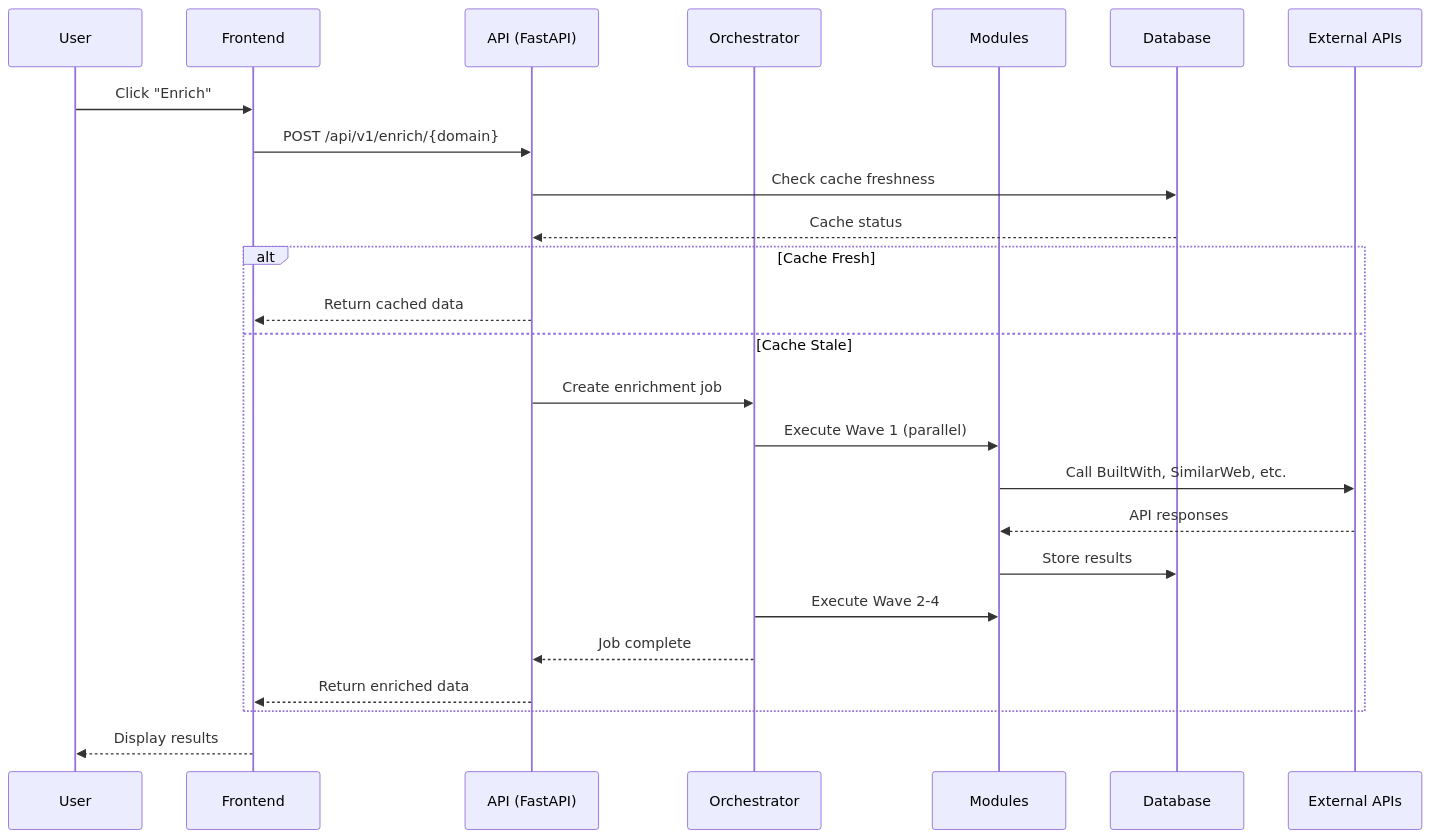
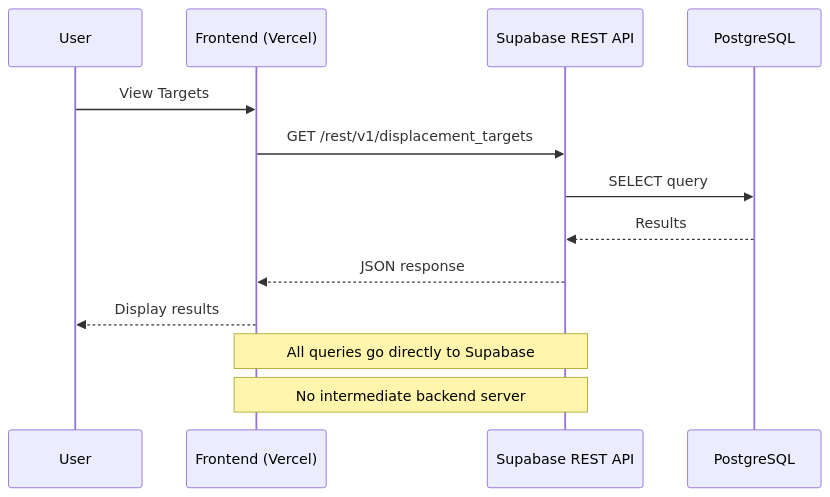
The ninth of 13 diagrams in docs/architecture/diagrams.md (arijitchowdhury80/partnerforge), drawn with Mermaid before and after one commit. The commit also changed other lines of this file and 13 other files, not shown here.

First line of the commit message:
fix: Update vercel configs and documentation for diagram gallery

````diff
--- a/docs/architecture/diagrams.md
+++ b/docs/architecture/diagrams.md
@@ -410,30 +386,17 @@
 ```mermaid
 sequenceDiagram
     participant U as User
-    participant F as Frontend
-    participant A as API (FastAPI)
-    participant O as Orchestrator
-    participant M as Modules
-    participant D as Database
-    participant E as External APIs
+    participant F as Frontend (Vercel)
+    participant S as Supabase REST API
+    participant D as PostgreSQL
 
-    U->>F: Click "Enrich"
-    F->>A: POST /api/v1/enrich/{domain}
-    A->>D: Check cache freshness
-    D-->>A: Cache status
+    U->>F: View Targets
+    F->>S: GET /rest/v1/displacement_targets
+    S->>D: SELECT query
+    D-->>S: Results
+    S-->>F: JSON response
+    F-->>U: Display results
 
-    alt Cache Fresh
-        A-->>F: Return cached data
-    else Cache Stale
-        A->>O: Create enrichment job
-        O->>M: Execute Wave 1 (parallel)
-        M->>E: Call BuiltWith, SimilarWeb, etc.
-        E-->>M: API responses
-        M->>D: Store results
-        O->>M: Execute Wave 2-4
-        O-->>A: Job complete
-        A-->>F: Return enriched data
-    end
-
-    F-->>U: Display results
+    Note over F,S: All queries go directly to Supabase
+    Note over F,S: No intermediate backend server
 ```
````
